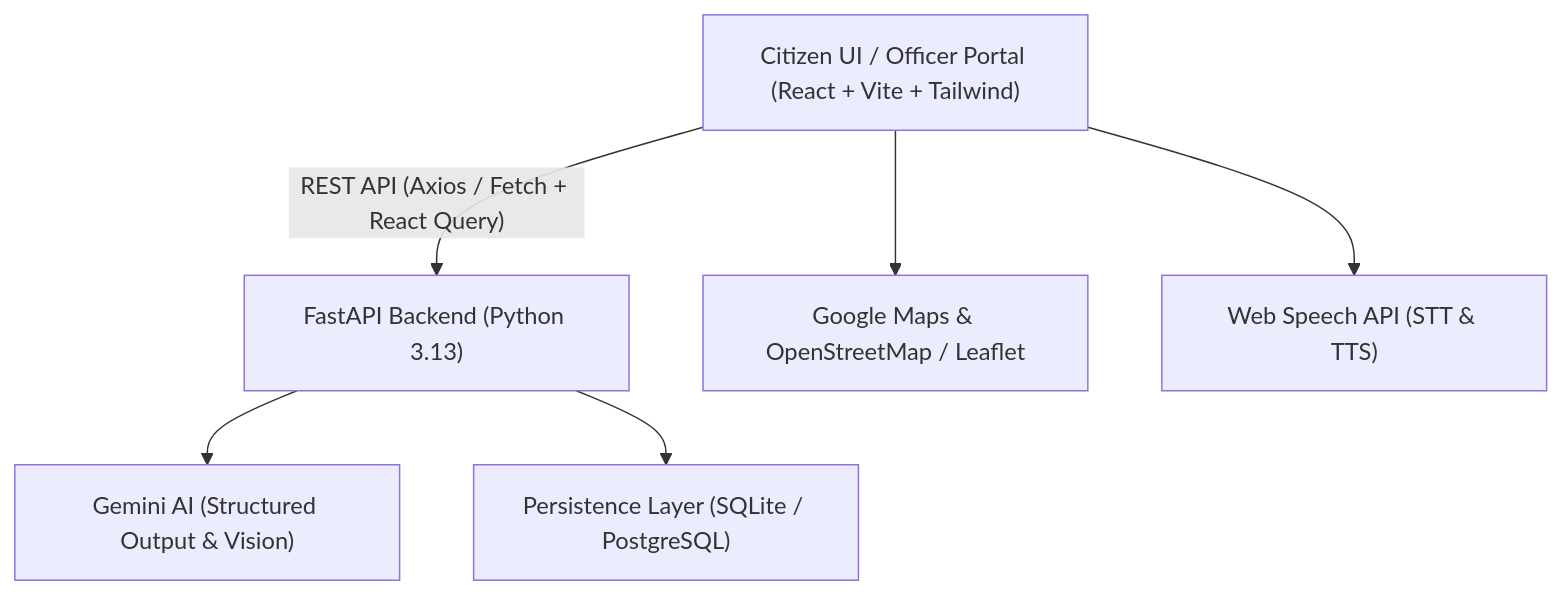
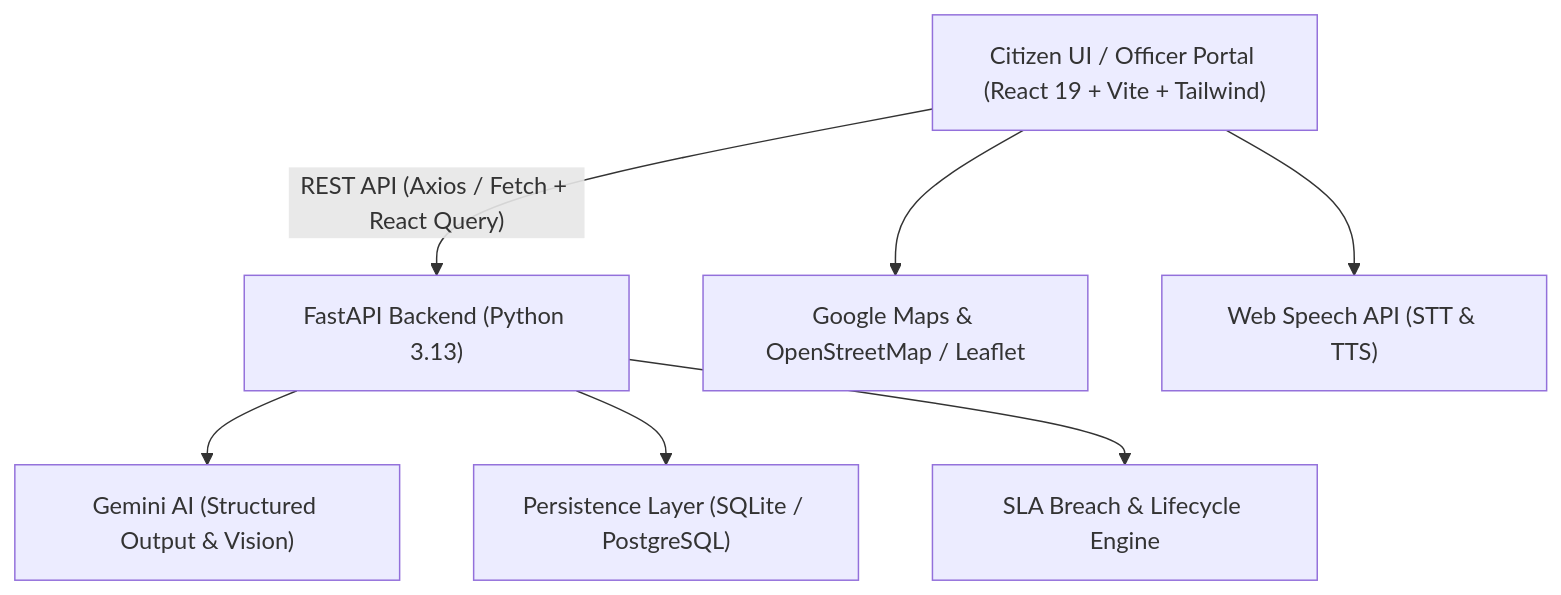
The diagram in PROJECT_REPORT.md (ashikthanzeer/civicgrid), drawn with Mermaid before and after one commit. The commit also changed other lines of this file, not shown here.

Commit message:
Update project report with lifecycle, SLA breach engine, tracking token, and verification specs

````diff
--- a/PROJECT_REPORT.md
+++ b/PROJECT_REPORT.md
@@ -16,8 +16,9 @@
 ```mermaid
 graph TD
-    A["Citizen UI / Officer Portal (React + Vite + Tailwind)"] -->|"REST API (Axios / Fetch + React Query)"| B["FastAPI Backend (Python 3.13)"]
+    A["Citizen UI / Officer Portal (React 19 + Vite + Tailwind)"] -->|"REST API (Axios / Fetch + React Query)"| B["FastAPI Backend (Python 3.13)"]
     B --> C["Gemini AI (Structured Output & Vision)"]
     B --> D["Persistence Layer (SQLite / PostgreSQL)"]
     A --> E["Google Maps & OpenStreetMap / Leaflet"]
     A --> F["Web Speech API (STT & TTS)"]
+    B --> G["SLA Breach & Lifecycle Engine"]
 ```
````
